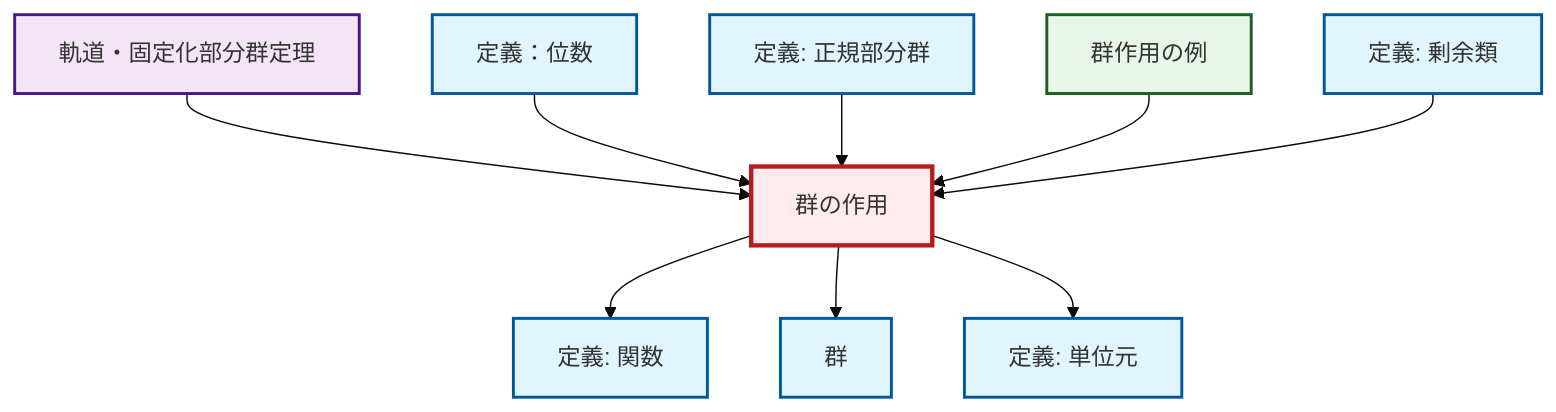
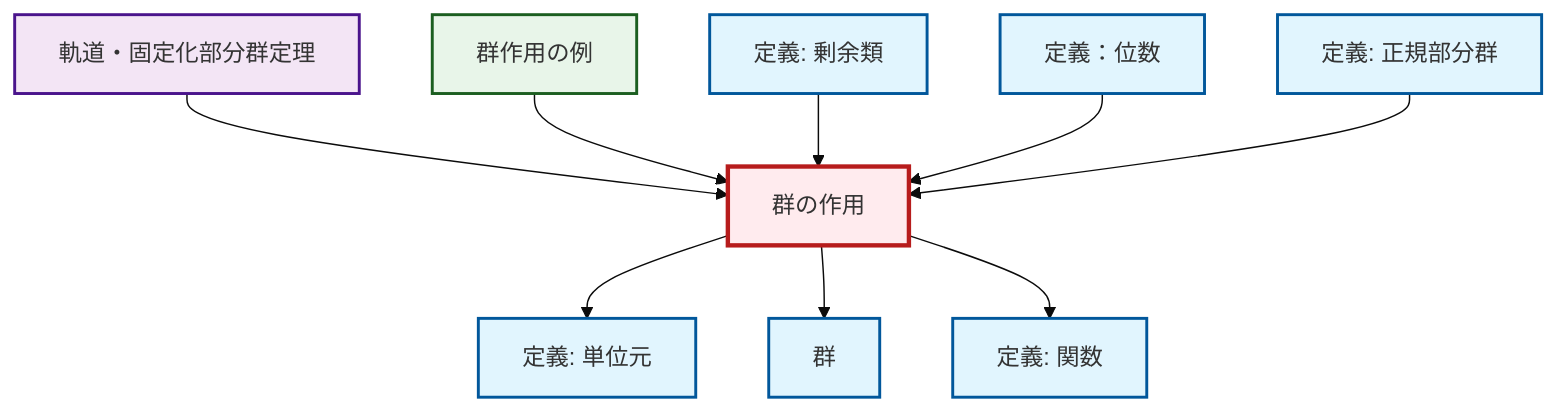
Before and after one commit to RK0429/ModernMath: the diagram in content/ja/algebra/def-group-action.qmd, drawn with Mermaid (base theme). The commit also changed other lines of this file and 328 other files, not shown here.

````diff
--- a/content/ja/algebra/def-group-action.qmd
+++ b/content/ja/algebra/def-group-action.qmd
@@ -62,35 +62,35 @@
 ```{mermaid}
 %%| fig-cap: "ローカル依存関係グラフ"
 graph TD
     classDef definition fill:#e1f5fe,stroke:#01579b,stroke-width:2px
     classDef theorem fill:#f3e5f5,stroke:#4a148c,stroke-width:2px
     classDef axiom fill:#fff3e0,stroke:#e65100,stroke-width:2px
     classDef example fill:#e8f5e9,stroke:#1b5e20,stroke-width:2px
     classDef current fill:#ffebee,stroke:#b71c1c,stroke-width:3px
+    ex-group-action-examples["群作用の例"]:::example
     def-coset["定義: 剰余類"]:::definition
     def-normal-subgroup["定義: 正規部分群"]:::definition
+    def-identity-element["定義: 単位元"]:::definition
+    def-group-action["群の作用"]:::definition
+    thm-orbit-stabilizer["軌道・固定化部分群定理"]:::theorem
     def-order["定義：位数"]:::definition
-    ex-group-action-examples["群作用の例"]:::example
     def-function["定義: 関数"]:::definition
-    thm-orbit-stabilizer["軌道・固定化部分群定理"]:::theorem
-    def-identity-element["定義: 単位元"]:::definition
     def-group["群"]:::definition
-    def-group-action["群の作用"]:::definition
     thm-orbit-stabilizer --> def-group-action
-    def-order --> def-group-action
-    def-group-action --> def-function
-    def-normal-subgroup --> def-group-action
     ex-group-action-examples --> def-group-action
-    def-group-action --> def-group
     def-coset --> def-group-action
     def-group-action --> def-identity-element
+    def-order --> def-group-action
+    def-group-action --> def-group
+    def-normal-subgroup --> def-group-action
+    def-group-action --> def-function
     class def-group-action current
+    click ex-group-action-examples "ex-group-action-examples.html" "群作用の例へ"
     click def-coset "def-coset.html" "剰余類の定義へ"
     click def-normal-subgroup "def-normal-subgroup.html" "正規部分群の定義へ"
+    click def-identity-element "def-identity-element.html" "単位元の定義へ"
+    click thm-orbit-stabilizer "thm-orbit-stabilizer.html" "軌道・固定化部分群定理へ"
     click def-order "def-order.html" "定義：位数へ"
-    click ex-group-action-examples "ex-group-action-examples.html" "群作用の例へ"
     click def-function "def-function.html" "関数の定義へ"
-    click thm-orbit-stabilizer "thm-orbit-stabilizer.html" "軌道・固定化部分群定理へ"
-    click def-identity-element "def-identity-element.html" "単位元の定義へ"
     click def-group "def-group.html" "群へ"
 ```
````
